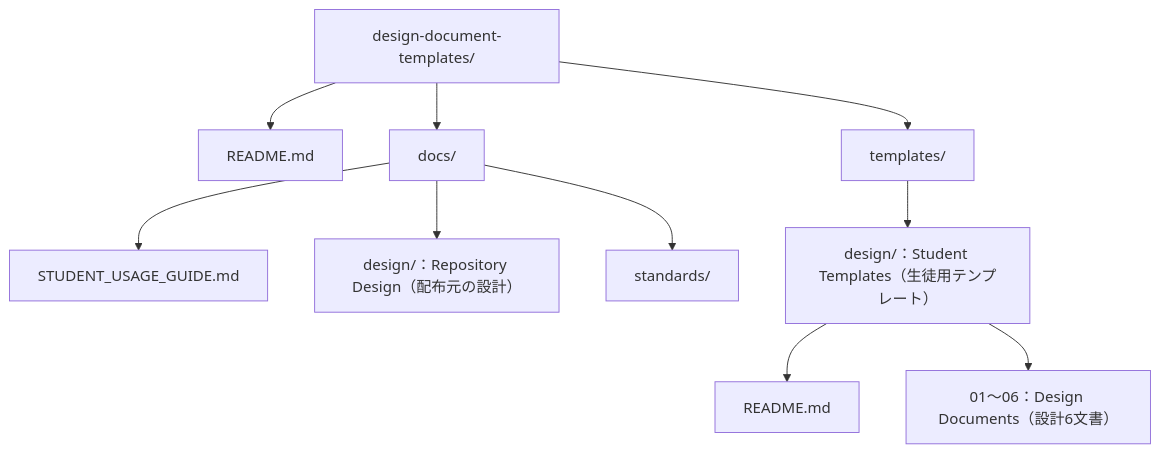
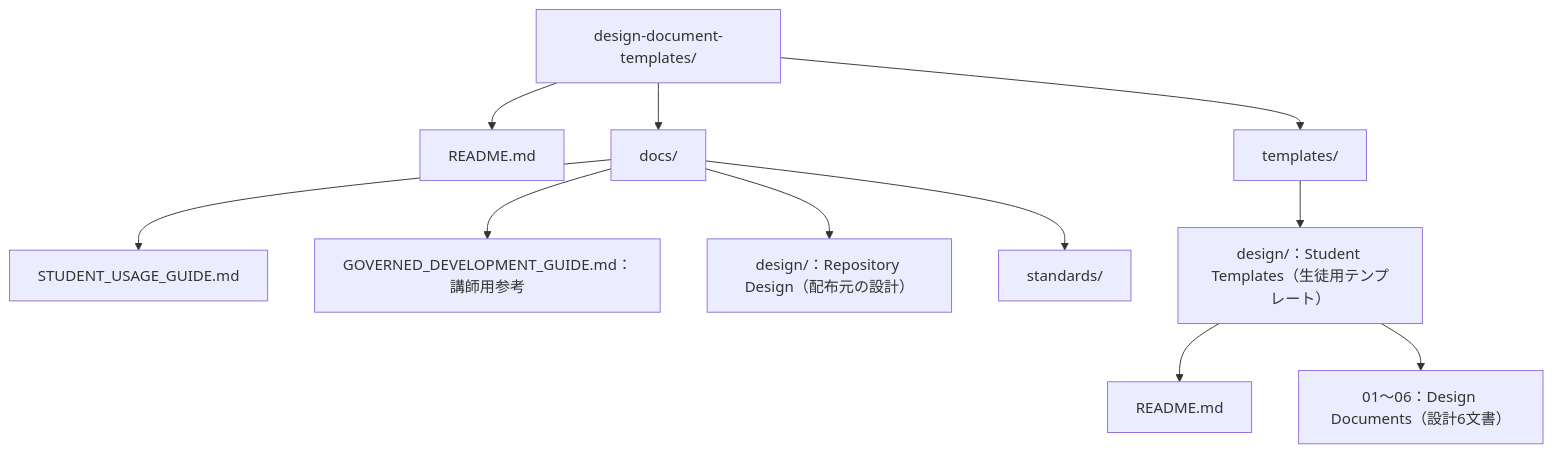
Before and after one commit to t-oikawa-sendai/design-document-templates: the diagram in docs/design/05_ARCHITECTURE_DESIGN.md, drawn with Mermaid. The commit also changed other lines of this file and 13 other files, not shown here.

````diff
--- a/docs/design/05_ARCHITECTURE_DESIGN.md
+++ b/docs/design/05_ARCHITECTURE_DESIGN.md
@@ -74,13 +74,14 @@
 ```mermaid
 flowchart TD
     R["design-document-templates/"]
     R --> ENTRY["README.md"]
     R --> DOCS["docs/"]
     R --> TEMPLATES["templates/"]
     DOCS --> GUIDE["STUDENT_USAGE_GUIDE.md"]
+    DOCS --> FUTURE["GOVERNED_DEVELOPMENT_GUIDE.md：講師用参考"]
     DOCS --> ADMIN["design/：Repository Design（配布元の設計）"]
     DOCS --> STANDARDS["standards/"]
     TEMPLATES --> DESIGN["design/：Student Templates（生徒用テンプレート）"]
     DESIGN --> INDEX["README.md"]
     DESIGN --> SIX["01〜06：Design Documents（設計6文書）"]
 ```
````
